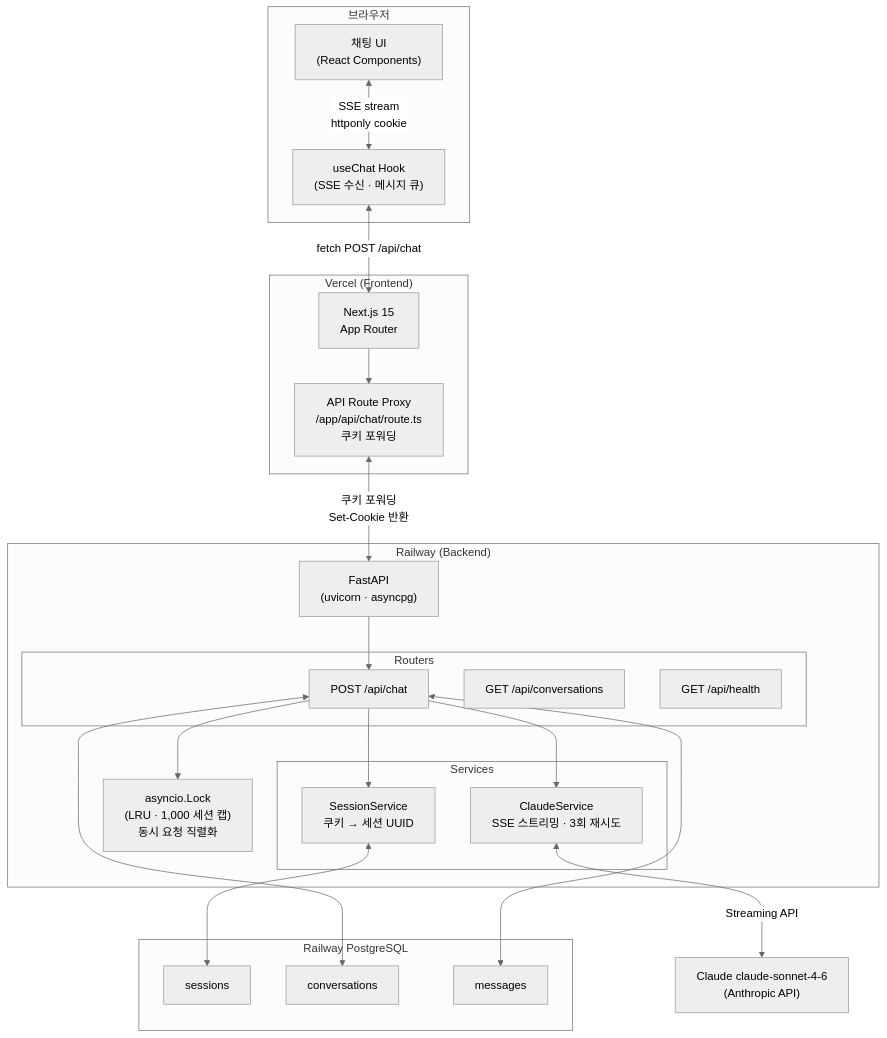
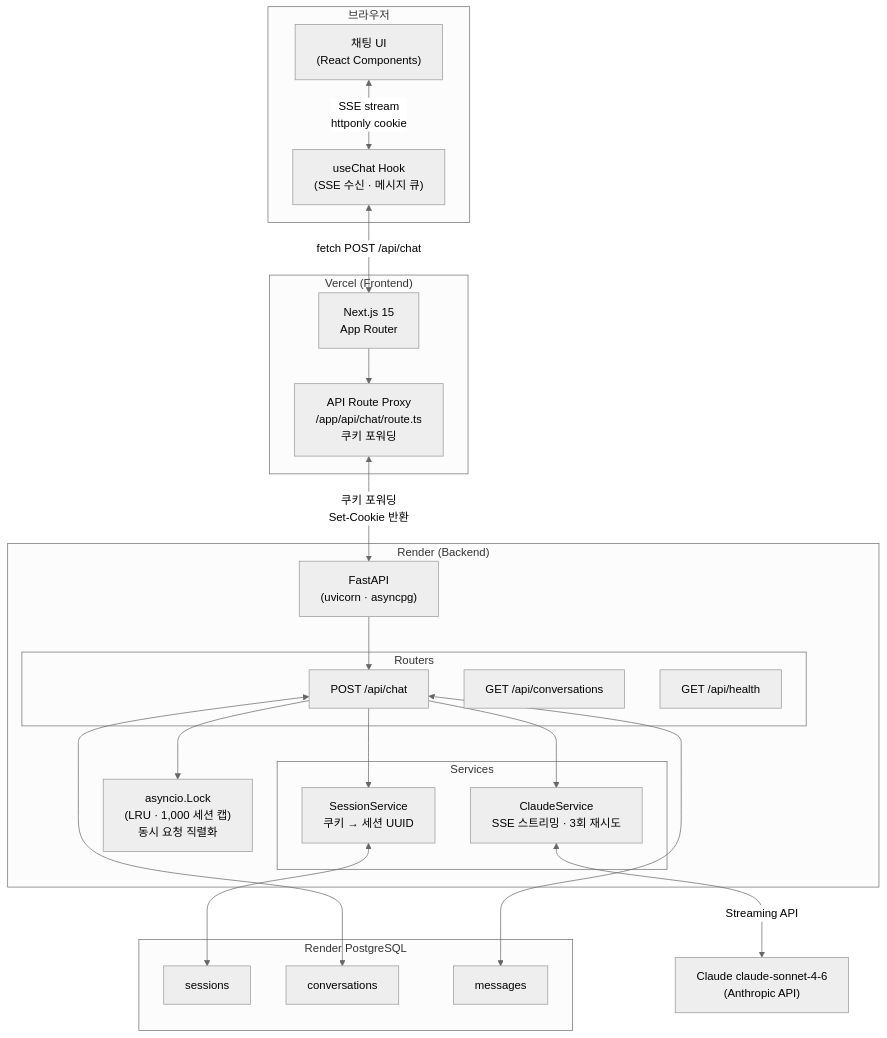
One commit to JayKim88/lingua-rag changed the first of 3 diagrams in README.md. Above: the diagram before and after it, drawn with Mermaid (neutral theme). The commit also changed other lines of this file and 4 other files, not shown here.

First line of the commit message:
chore(deploy): fix Next.js CVE-2025-66478 + switch Railway → Render

````diff
--- a/README.md
+++ b/README.md
@@ -9,47 +9,47 @@
 ```mermaid
 graph TB
     subgraph Browser["브라우저"]
         UI["채팅 UI\n(React Components)"]
         Hook["useChat Hook\n(SSE 수신 · 메시지 큐)"]
     end
 
     subgraph Vercel["Vercel (Frontend)"]
         Next["Next.js 15\nApp Router"]
         Proxy["API Route Proxy\n/app/api/chat/route.ts\n쿠키 포워딩"]
     end
 
-    subgraph Railway["Railway (Backend)"]
+    subgraph Render["Render (Backend)"]
         FastAPI["FastAPI\n(uvicorn · asyncpg)"]
         subgraph Services["Services"]
             SessionSvc["SessionService\n쿠키 → 세션 UUID"]
             ClaudeSvc["ClaudeService\nSSE 스트리밍 · 3회 재시도"]
         end
         subgraph Routers["Routers"]
             ChatRouter["POST /api/chat"]
             ConvRouter["GET /api/conversations"]
             HealthRouter["GET /api/health"]
         end
         Lock["asyncio.Lock\n(LRU · 1,000 세션 캡)\n동시 요청 직렬화"]
     end
 
-    subgraph DB["Railway PostgreSQL"]
+    subgraph DB["Render PostgreSQL"]
         Sessions["sessions"]
         Conversations["conversations"]
         Messages["messages"]
     end
 
     Claude["Claude claude-sonnet-4-6\n(Anthropic API)"]
 
     UI <-->|"SSE stream\nhttponly cookie"| Hook
     Hook <-->|"fetch POST /api/chat"| Next
     Next --> Proxy
     Proxy <-->|"쿠키 포워딩\nSet-Cookie 반환"| FastAPI
     FastAPI --> ChatRouter
     ChatRouter --> SessionSvc
     ChatRouter --> Lock
     ChatRouter --> ClaudeSvc
     SessionSvc <--> Sessions
     ChatRouter <--> Conversations
     ChatRouter <--> Messages
     ClaudeSvc <-->|"Streaming API"| Claude
 ```
````
